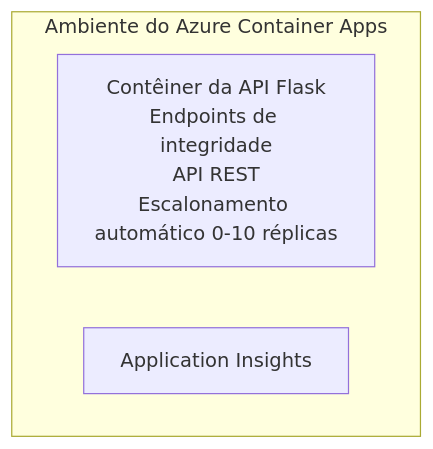
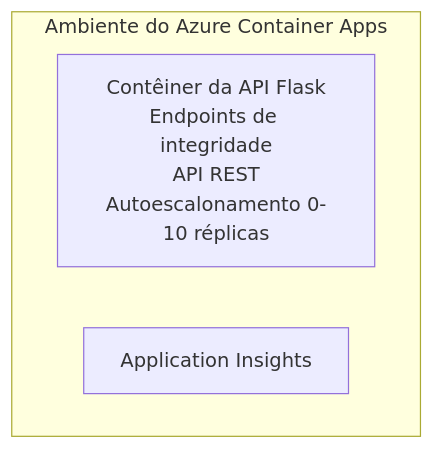
One commit to microsoft/AZD-for-beginners changed the diagram in translations/pt-BR/examples/container-app/simple-flask-api/README.md. Above: the diagram before and after it, drawn with Mermaid. The commit also changed other lines of this file and 104 other files, not shown here.

````diff
--- a/translations/pt-BR/examples/container-app/simple-flask-api/README.md
+++ b/translations/pt-BR/examples/container-app/simple-flask-api/README.md
@@ -26,7 +26,7 @@
 ```mermaid
 graph TD
     subgraph ACA[Ambiente do Azure Container Apps]
-        Flask[Contêiner da API Flask<br/>Endpoints de integridade<br/>API REST<br/>Escalonamento automático 0-10 réplicas]
+        Flask[Contêiner da API Flask<br/>Endpoints de integridade<br/>API REST<br/>Autoescalonamento 0-10 réplicas]
         AppInsights[Application Insights]
     end
 ```
````
